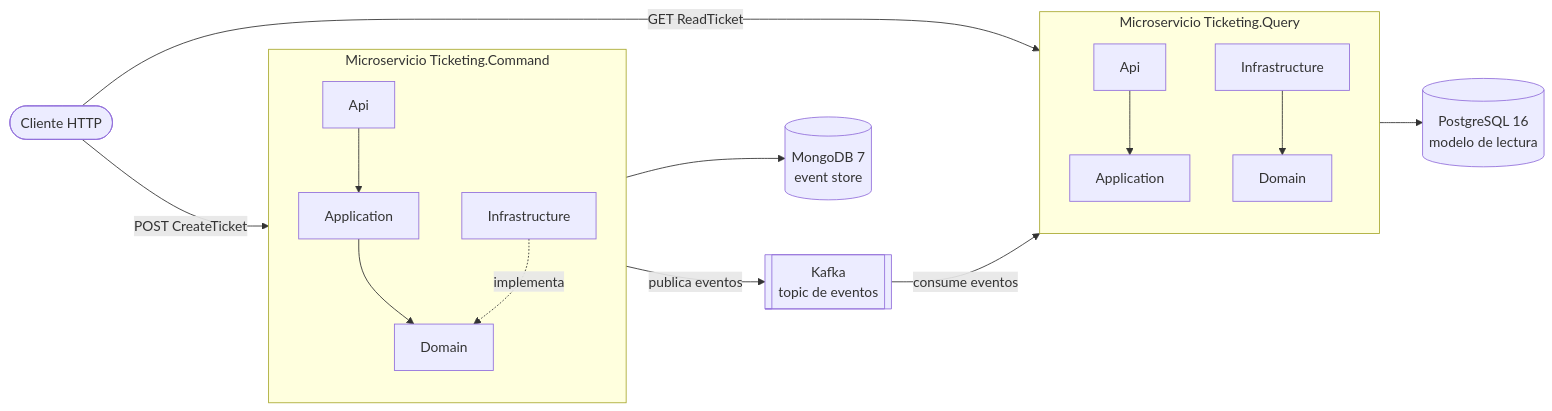
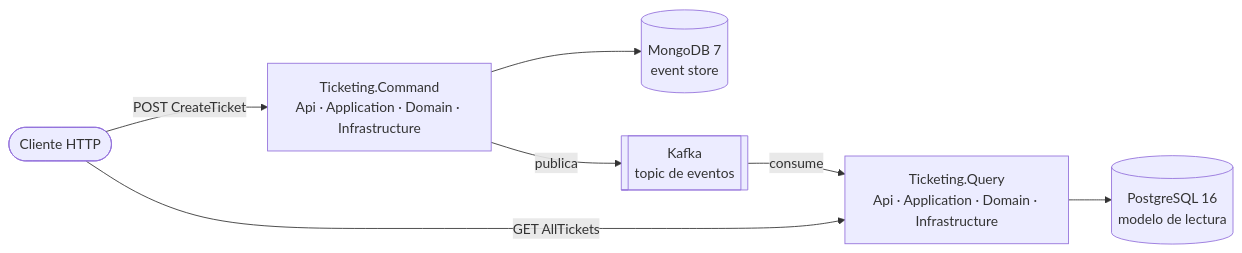
Before and after one commit to rubendevvalencia/BackendPortfolio: the diagram in Microservices-Events/README.md, drawn with Mermaid. The commit also changed other lines of this file and 11 other files, not shown here.

````diff
--- a/Microservices-Events/README.md
+++ b/Microservices-Events/README.md
@@ -46,35 +30,16 @@
 ```mermaid
 flowchart LR
     Client([Cliente HTTP])
-
-    subgraph CMD["Microservicio Ticketing.Command"]
-        direction TB
-        CApi["Api"]
-        CApp["Application"]
-        CDom["Domain"]
-        CInf["Infrastructure"]
-        CApi --> CApp --> CDom
-        CInf -.->|implementa| CDom
-    end
-
-    subgraph QRY["Microservicio Ticketing.Query"]
-        direction TB
-        QApi["Api"]
-        QApp["Application"]
-        QDom["Domain"]
-        QInf["Infrastructure"]
-        QApi --> QApp
-        QInf --> QDom
-    end
-
+    CMD["Ticketing.Command<br/>Api · Application · Domain · Infrastructure"]
+    QRY["Ticketing.Query<br/>Api · Application · Domain · Infrastructure"]
     MONGO[("MongoDB 7<br/>event store")]
     KAFKA[["Kafka<br/>topic de eventos"]]
     PG[("PostgreSQL 16<br/>modelo de lectura")]
 
-    Client -->|POST CreateTicket| CApi
-    Client -->|GET ReadTicket| QApi
-    CInf --> MONGO
-    CInf -->|publica eventos| KAFKA
-    KAFKA -->|consume eventos| QInf
-    QInf --> PG
+    Client -->|POST CreateTicket| CMD
+    Client -->|GET AllTickets| QRY
+    CMD --> MONGO
+    CMD -->|publica| KAFKA
+    KAFKA -->|consume| QRY
+    QRY --> PG
 ```
````
